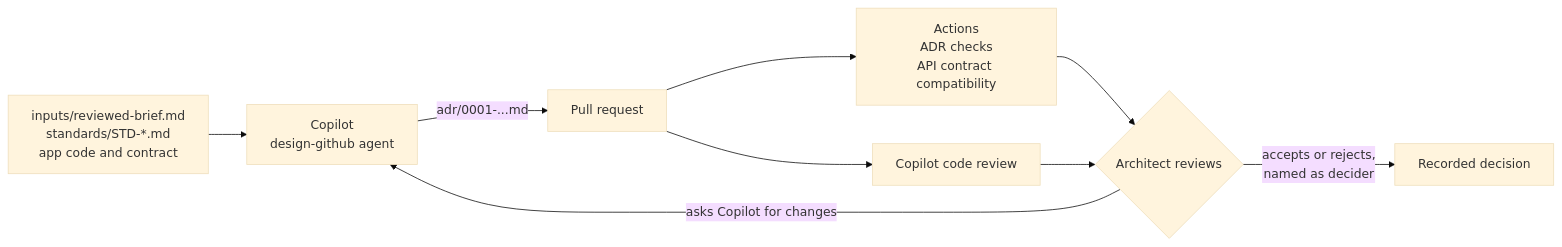
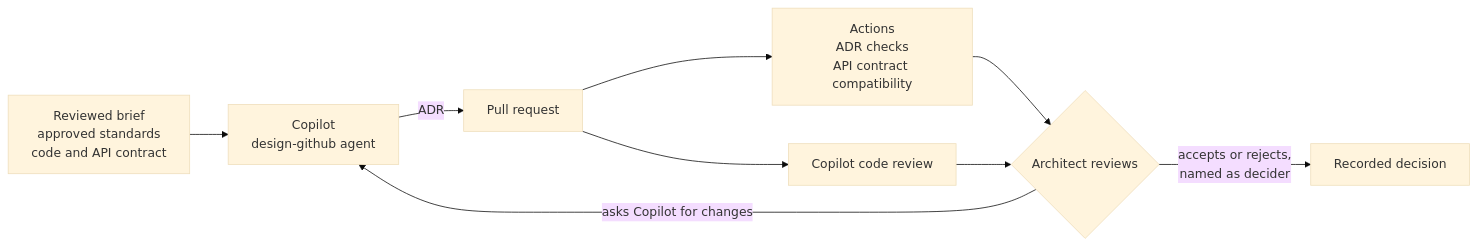
One commit to melabadi/adept-assessment-northstars changed the diagram in solutions/02-design-github/README.md. Above: the diagram before and after it, drawn with Mermaid (base theme). The commit also changed other lines of this file and 3 other files, not shown here.

First line of the commit message:
02-design-github: a customer-facing README built from the recorded run

````diff
--- a/solutions/02-design-github/README.md
+++ b/solutions/02-design-github/README.md
@@ -21,11 +36,11 @@
 ```mermaid
 flowchart LR
-  I[inputs/reviewed-brief.md<br/>standards/STD-*.md<br/>app code and contract] --> C[Copilot<br/>design-github agent]
-  C -->|adr/0001-...md| PR[Pull request]
+  I[Reviewed brief<br/>approved standards<br/>code and API contract] --> C[Copilot<br/>design-github agent]
+  C -->|ADR| PR[Pull request]
   PR --> A[Actions<br/>ADR checks<br/>API contract compatibility]
   PR --> R[Copilot code review]
   A --> H{Architect reviews}
   R --> H
   H -->|asks Copilot for changes| C
   H -->|accepts or rejects,<br/>named as decider| D[Recorded decision]
 ```
````
